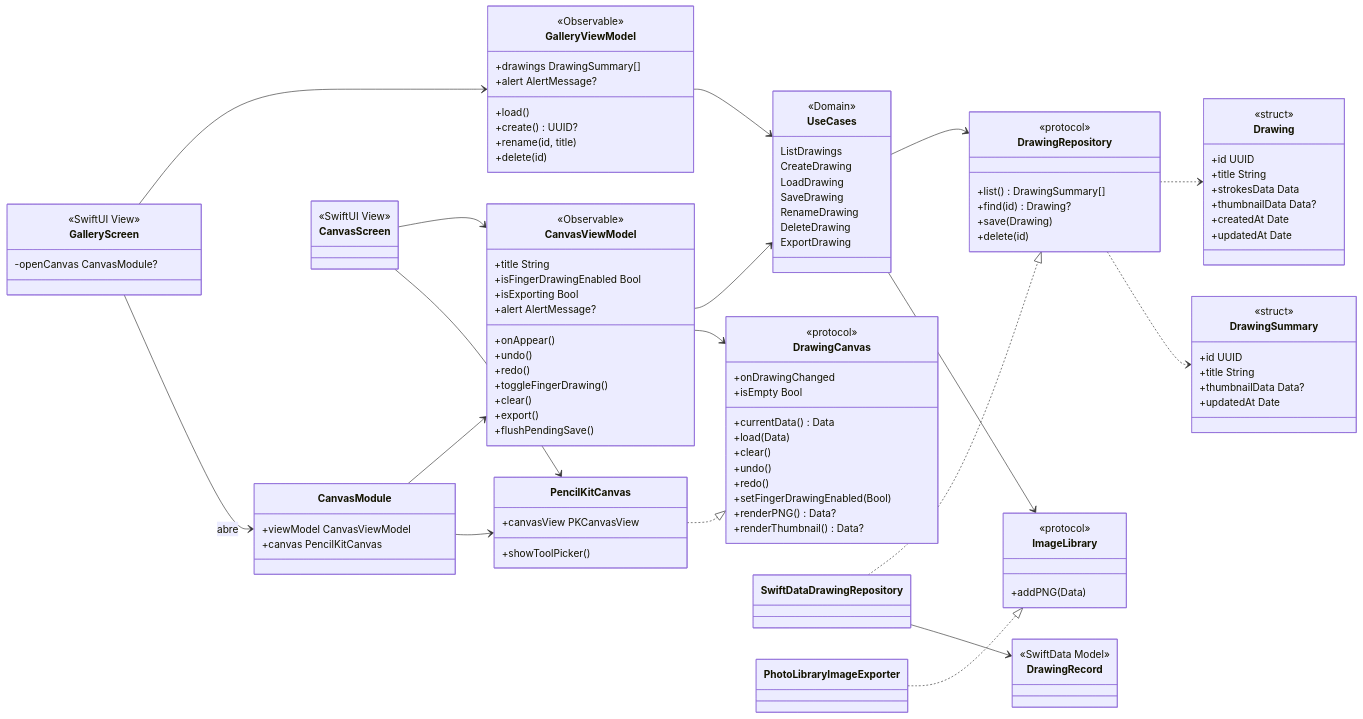
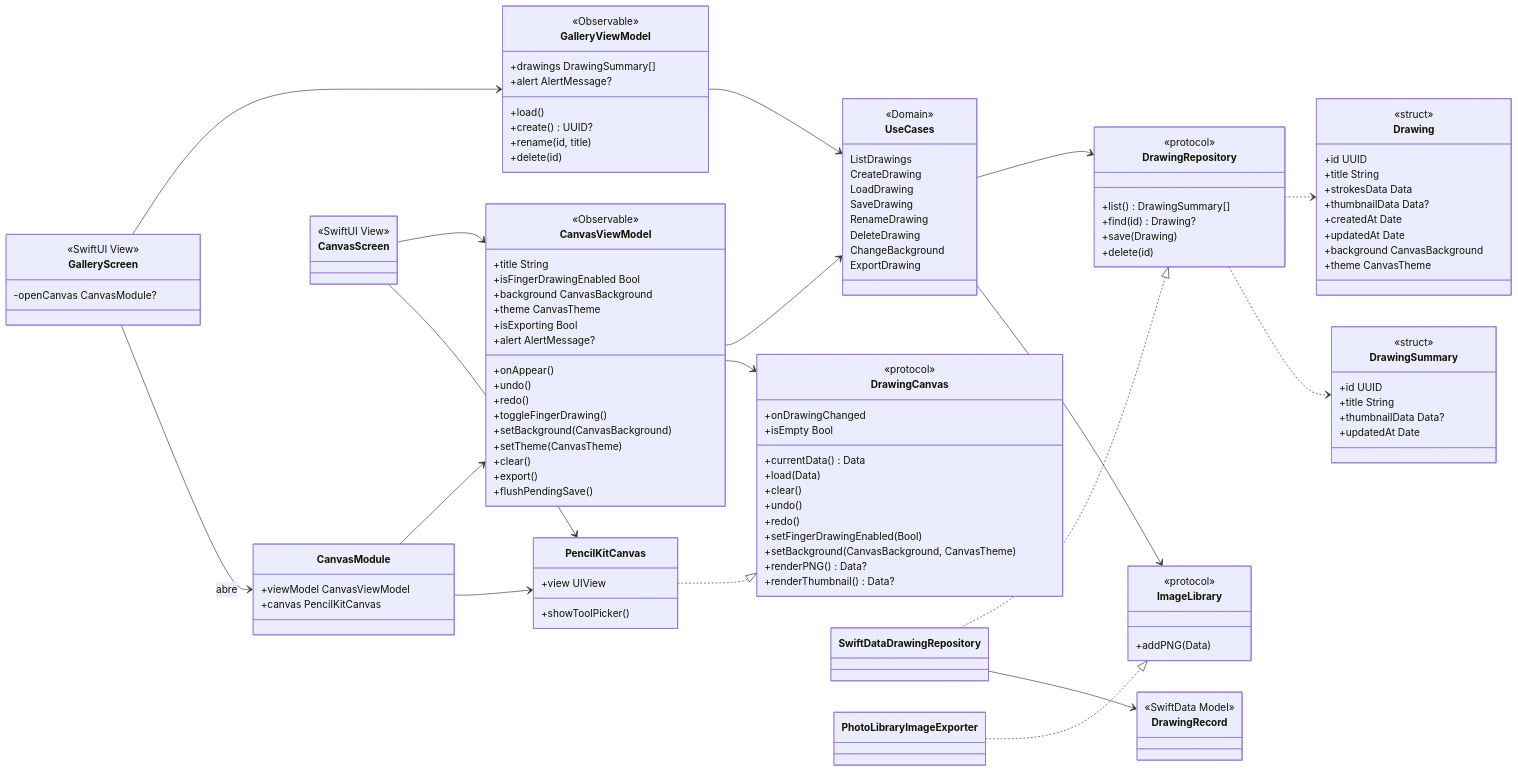
Before and after one commit to jhonjairo6230/DrawPad: the second of 9 diagrams in docs/arquitectura.md, drawn with Mermaid. The commit also changed other lines of this file and 26 other files, not shown here.

```diff
--- a/docs/arquitectura.md
+++ b/docs/arquitectura.md
@@ -162,12 +167,16 @@
         <<Observable>>
         +title String
         +isFingerDrawingEnabled Bool
+        +background CanvasBackground
+        +theme CanvasTheme
         +isExporting Bool
         +alert AlertMessage?
         +onAppear()
         +undo()
         +redo()
         +toggleFingerDrawing()
+        +setBackground(CanvasBackground)
+        +setTheme(CanvasTheme)
         +clear()
         +export()
         +flushPendingSave()
@@ -182,11 +191,12 @@
         +undo()
         +redo()
         +setFingerDrawingEnabled(Bool)
+        +setBackground(CanvasBackground, CanvasTheme)
         +renderPNG() Data?
         +renderThumbnail() Data?
     }
     class PencilKitCanvas {
-        +canvasView PKCanvasView
+        +view UIView
         +showToolPicker()
     }
     class UseCases {
@@ -197,6 +207,7 @@
         SaveDrawing
         RenameDrawing
         DeleteDrawing
+        ChangeBackground
         ExportDrawing
     }
     class DrawingRepository {
@@ -218,6 +229,8 @@
         +thumbnailData Data?
         +createdAt Date
         +updatedAt Date
+        +background CanvasBackground
+        +theme CanvasTheme
     }
     class DrawingSummary {
         <<struct>>
```
